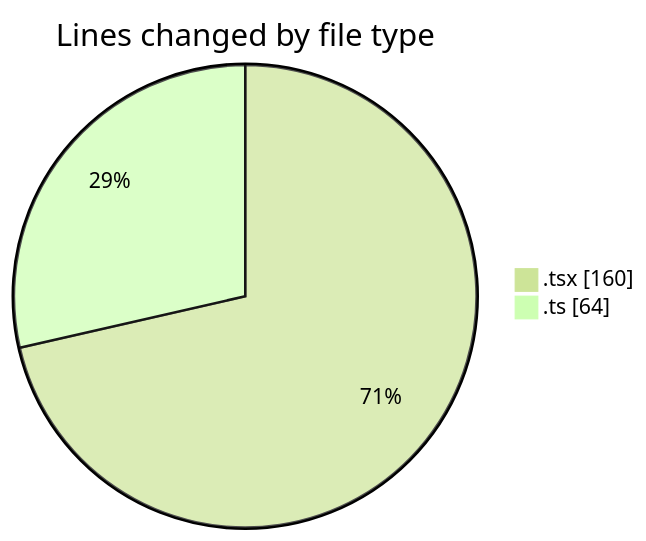
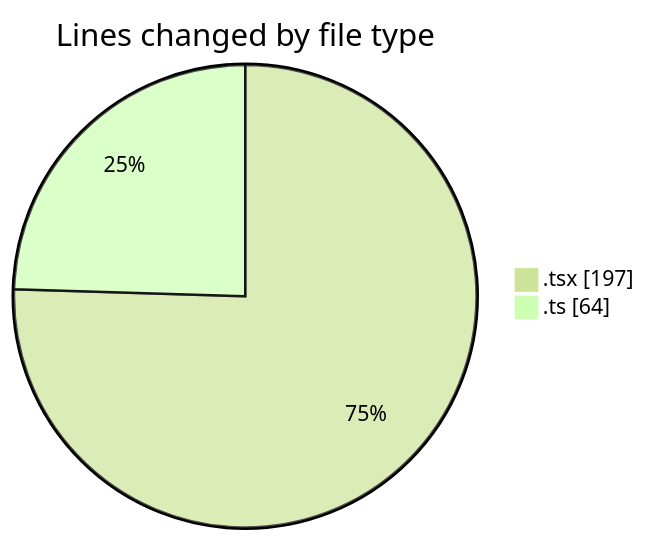
Before and after one commit to nxtqubesakshisongat/code-tracking: the first of 2 diagrams in 2026-04-20/airfeed-analytics-dashboard/README.md, drawn with Mermaid (forest theme). The commit also changed other lines of this file and 1 other file, not shown here.

````diff
--- a/2026-04-20/airfeed-analytics-dashboard/README.md
+++ b/2026-04-20/airfeed-analytics-dashboard/README.md
@@ -21,6 +21,6 @@
 ```mermaid
 pie showData
 title Lines changed by file type
-".tsx" : 160
+".tsx" : 197
 ".ts" : 64
 ```
````
